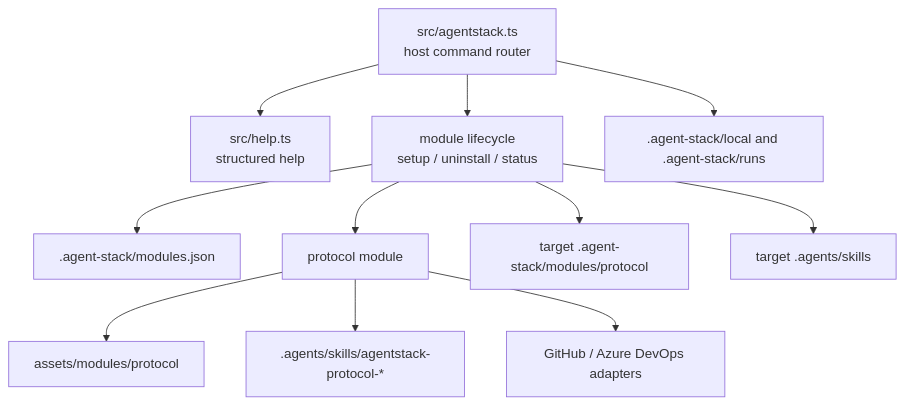
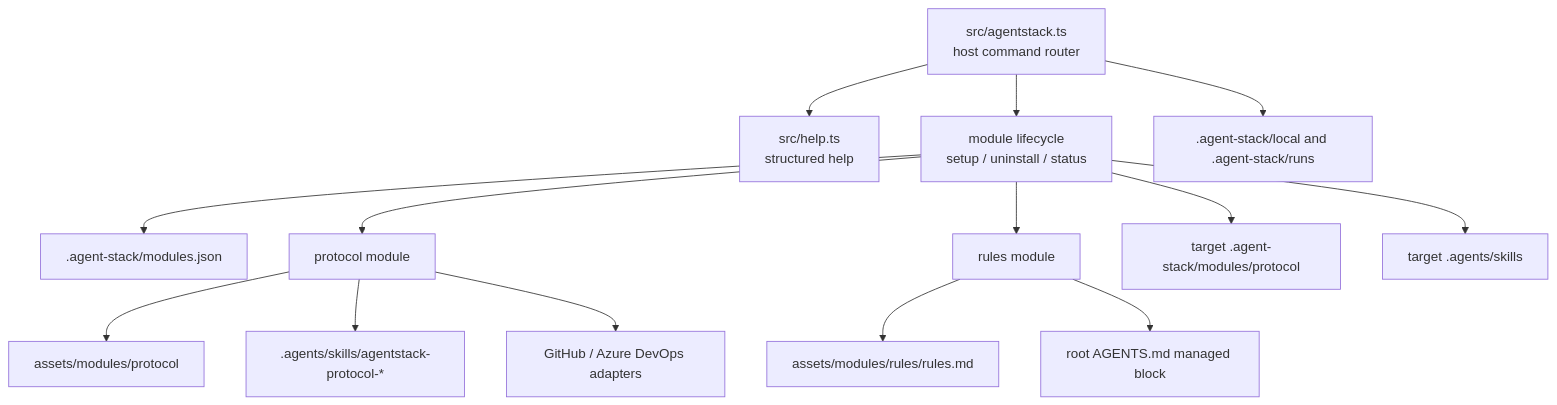
One commit to AGiorgetti/AgentStack changed the diagram in docs/architecture.md. Above: the diagram before and after it, drawn with Mermaid. The commit also changed other lines of this file and 18 other files, not shown here.

Commit message:
feat: implement rules module for managing repository rules in AGENTS.md

````diff
--- a/docs/architecture.md
+++ b/docs/architecture.md
@@ -5,13 +5,16 @@
 ```mermaid
 flowchart TD
   CLI["src/agentstack.ts\nhost command router"] --> Help["src/help.ts\nstructured help"]
   CLI --> Lifecycle["module lifecycle\nsetup / uninstall / status"]
   Lifecycle --> Manifest[".agent-stack/modules.json"]
   Lifecycle --> ProtocolModule["protocol module"]
+  Lifecycle --> RulesModule["rules module"]
   ProtocolModule --> SourceAssets["assets/modules/protocol"]
+  RulesModule --> RulesTemplate["assets/modules/rules/rules.md"]
+  RulesModule --> AgentsMd["root AGENTS.md managed block"]
   Lifecycle --> InstalledAssets["target .agent-stack/modules/protocol"]
   Lifecycle --> Skills["target .agents/skills"]
   ProtocolModule --> ProtocolSkills[".agents/skills/agentstack-protocol-*"]
   ProtocolModule --> TrackerAdapters["GitHub / Azure DevOps adapters"]
   CLI --> Runtime[".agent-stack/local and .agent-stack/runs"]
 ```
````
